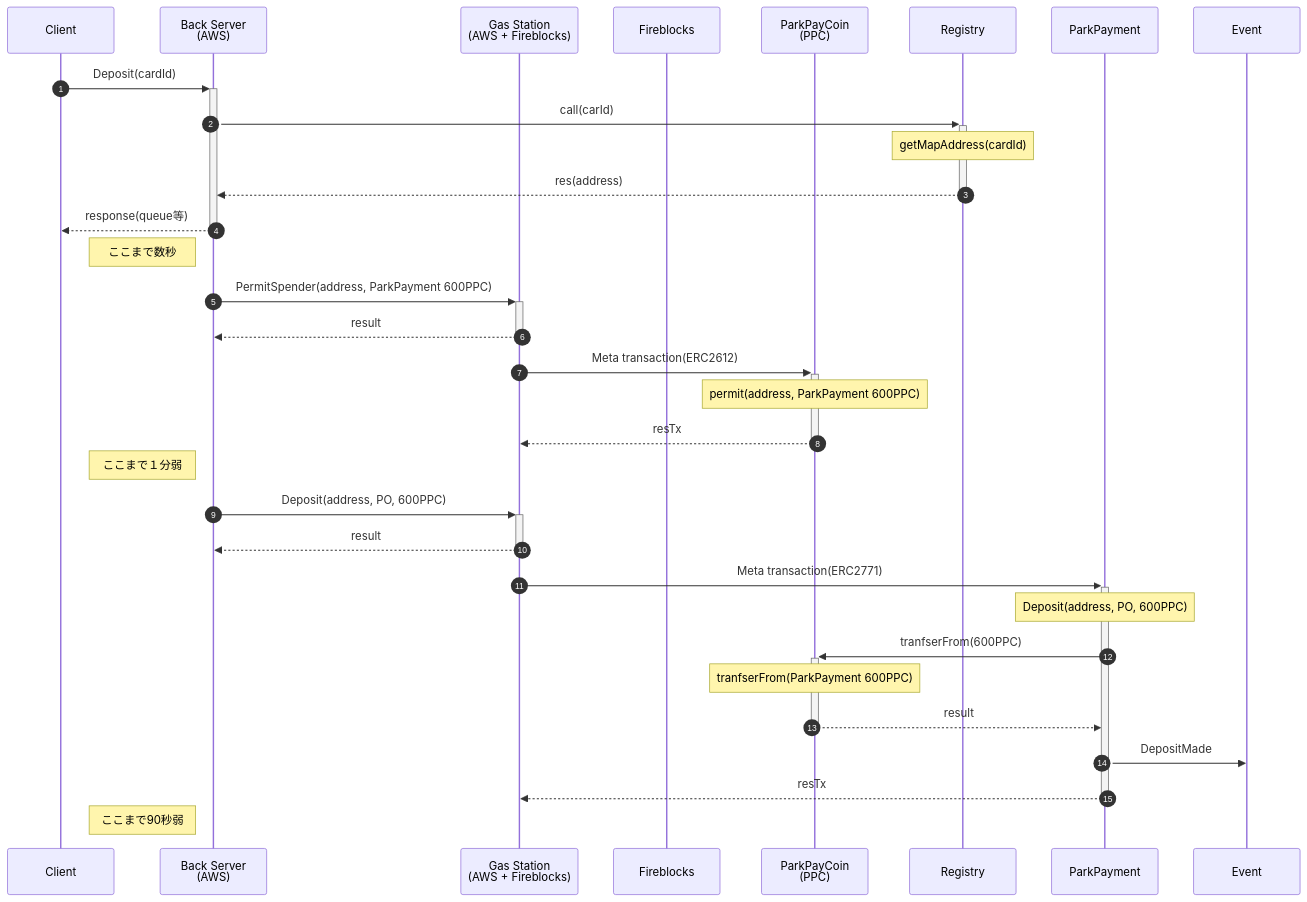
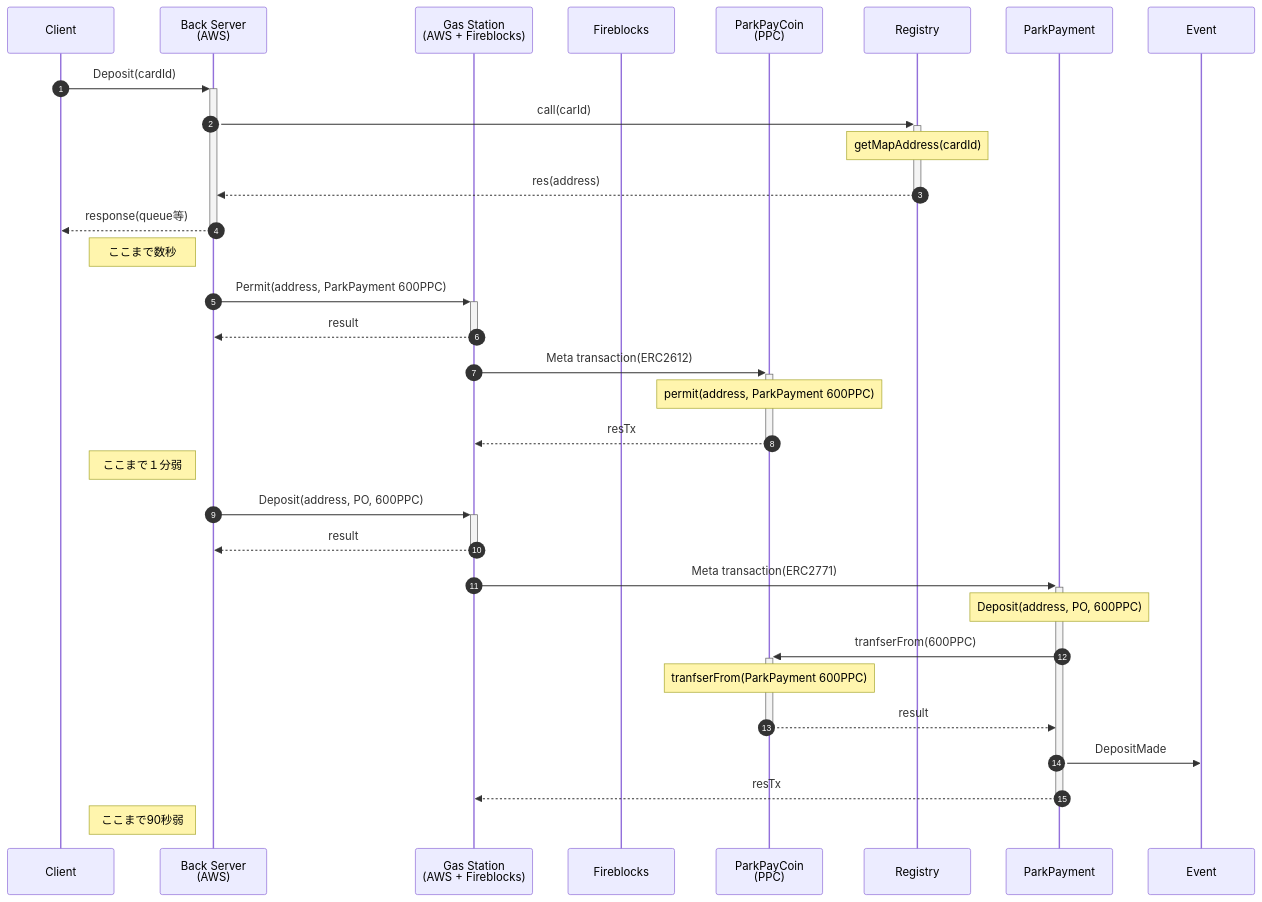
Before and after one commit to mahiroaug/ParkingPayment: the fourth of 4 diagrams in README.md, drawn with Mermaid. The commit also changed other lines of this file, not shown here.

````diff
--- a/README.md
+++ b/README.md
@@ -443,42 +444,42 @@
 ```mermaid
 sequenceDiagram
 
     participant Client as Client
     participant Back as Back Server<br>(AWS)
     participant GSN as Gas Station<br>(AWS + Fireblocks)
     participant FB as Fireblocks
     participant PPC as ParkPayCoin<br>(PPC)
     participant Registry
     participant ParkPayment
     participant Event
     autonumber
 
     Client->>+Back: Deposit(cardId)
     Back->>+Registry: call(carId)
     Note over Registry: getMapAddress(cardId)
     Registry-->>-Back: res(address)
     Back-->>-Client: response(queue等)
 
     Note left of Back:ここまで数秒
 
-    Back->>+GSN: PermitSpender(address, ParkPayment 600PPC)
+    Back->>+GSN: Permit(address, ParkPayment 600PPC)
     GSN-->>-Back: result
     GSN->>+PPC: Meta transaction(ERC2612)
     Note over PPC: permit(address, ParkPayment 600PPC)
     PPC-->>-GSN: resTx
 
     Note left of Back:ここまで１分弱
 
     Back->>+GSN: Deposit(address, PO, 600PPC)
     GSN-->>-Back: result
     GSN->>+ParkPayment: Meta transaction(ERC2771)
     Note over ParkPayment: Deposit(address, PO, 600PPC)
     ParkPayment->>+PPC: tranfserFrom(600PPC)
     Note over PPC: tranfserFrom(ParkPayment 600PPC)
     PPC-->>-ParkPayment: result
     ParkPayment->>Event: DepositMade
     ParkPayment-->>-GSN: resTx
 
     Note left of Back:ここまで90秒弱
 
 ```
````
